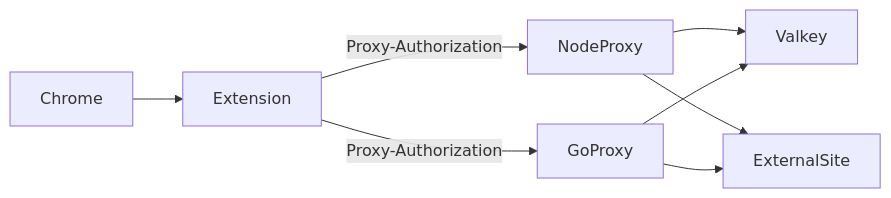
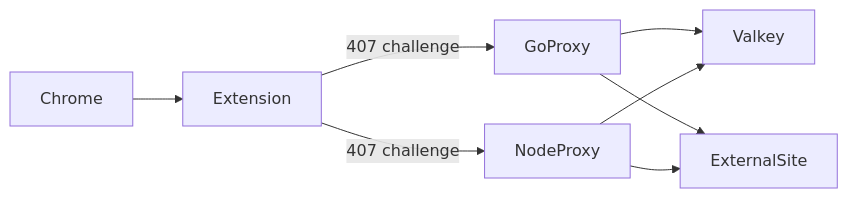
The diagram in README.md (YiRongTeo/forward-proxy-project), drawn with Mermaid before and after one commit. The commit also changed other lines of this file and 16 other files, not shown here.

First line of the commit message:
feat: restore 407 proxy auth and existence-only Valkey domain keys

````diff
--- a/README.md
+++ b/README.md
@@ -26,10 +26,10 @@
 ```mermaid
 flowchart LR
   Chrome --> Extension
-  Extension -->|"Proxy-Authorization"| NodeProxy
-  Extension -->|"Proxy-Authorization"| GoProxy
+  Extension -->|"407 challenge"| GoProxy
+  Extension -->|"407 challenge"| NodeProxy
+  GoProxy --> Valkey
   NodeProxy --> Valkey
-  GoProxy --> Valkey
+  GoProxy --> ExternalSite
   NodeProxy --> ExternalSite
-  GoProxy --> ExternalSite
 ```
````
